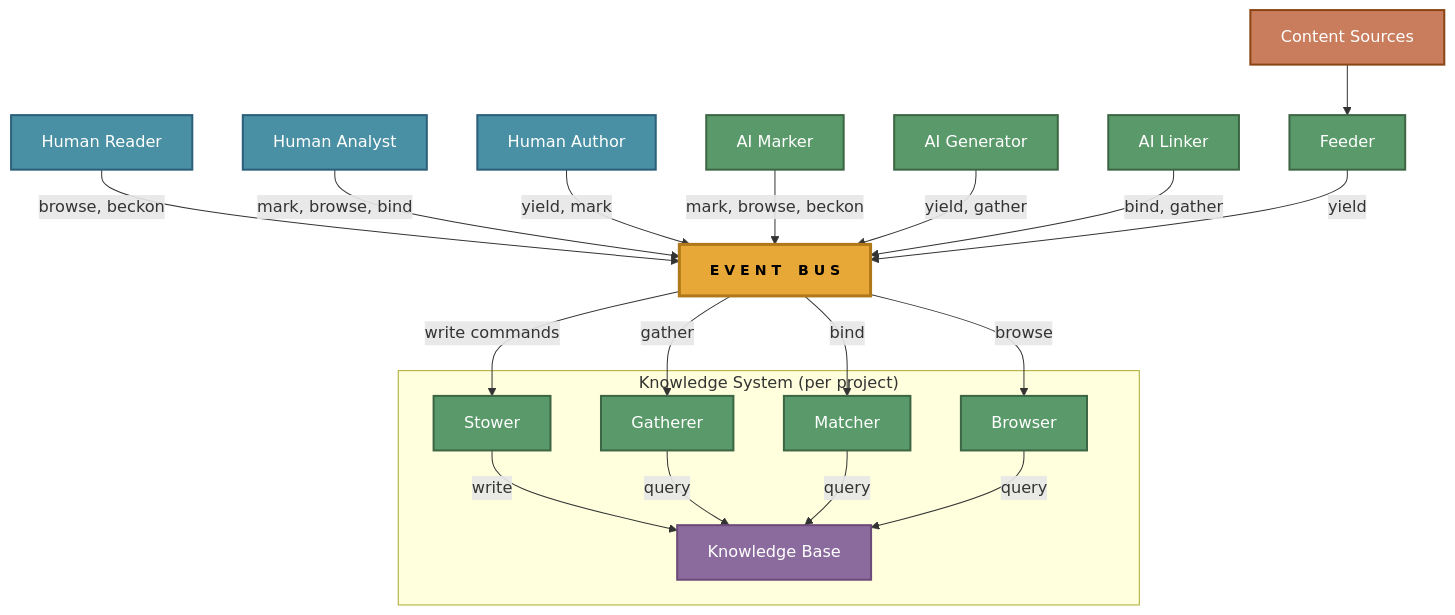
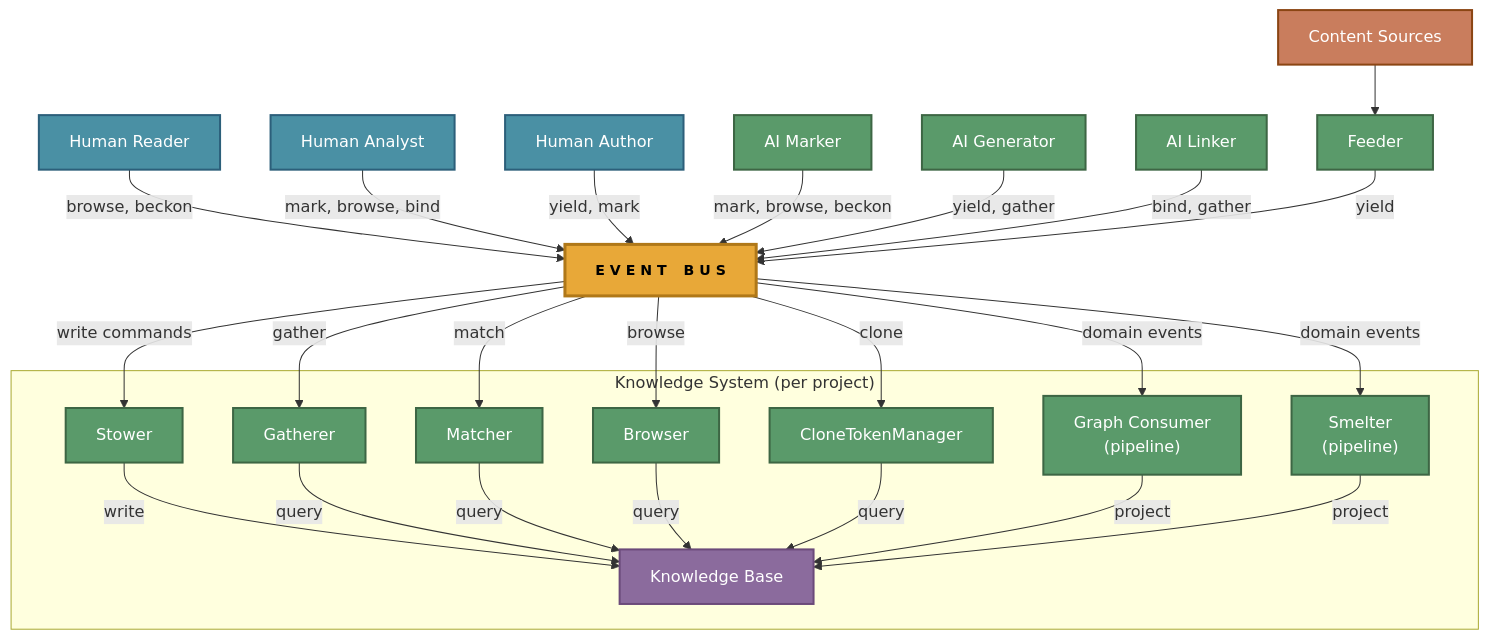
Before and after one commit to The-AI-Alliance/semiont: the diagram in docs/system/ACTOR-MODEL.md, drawn with Mermaid. The commit also changed other lines of this file and 55 other files, not shown here.

````diff
--- a/docs/system/ACTOR-MODEL.md
+++ b/docs/system/ACTOR-MODEL.md
@@ -9,45 +9,54 @@
 ```mermaid
 graph TD
     READER["Human Reader"] -->|"browse, beckon"| BUS
     ANALYST["Human Analyst"] -->|"mark, browse, bind"| BUS
     AUTHOR["Human Author"] -->|"yield, mark"| BUS
     MARKER["AI Marker"] -->|"mark, browse, beckon"| BUS
     GENERATOR["AI Generator"] -->|"yield, gather"| BUS
     LINKER["AI Linker"] -->|"bind, gather"| BUS
 
     BUS["E V E N T &ensp; B U S"]
 
     subgraph ks ["Knowledge System (per project)"]
         STOWER["Stower"]
         GATHERER["Gatherer"]
         MATCHER["Matcher"]
         BROWSER["Browser"]
+        CTM["CloneTokenManager"]
+        GC["Graph Consumer<br/>(pipeline)"]
+        SMELTER["Smelter<br/>(pipeline)"]
         KB["Knowledge Base"]
         STOWER -->|"write"| KB
         GATHERER -->|"query"| KB
         MATCHER -->|"query"| KB
         BROWSER -->|"query"| KB
+        CTM -->|"query"| KB
+        GC -->|"project"| KB
+        SMELTER -->|"project"| KB
     end
 
     BUS -->|"write commands"| STOWER
     BUS -->|"gather"| GATHERER
-    BUS -->|"bind"| MATCHER
+    BUS -->|"match"| MATCHER
     BUS -->|"browse"| BROWSER
+    BUS -->|"clone"| CTM
+    BUS -->|"domain events"| GC
+    BUS -->|"domain events"| SMELTER
 
     SOURCES["Content Sources"] --> FEEDER["Feeder"]
     FEEDER -->|"yield"| BUS
 
     classDef bus fill:#e8a838,stroke:#b07818,stroke-width:3px,color:#000,font-weight:bold,font-size:14px
     classDef human fill:#4a90a4,stroke:#2c5f7a,stroke-width:2px,color:#fff
     classDef ai fill:#5a9a6a,stroke:#3d6644,stroke-width:2px,color:#fff
     classDef kb fill:#8b6b9d,stroke:#6b4a7a,stroke-width:2px,color:#fff
     classDef stream fill:#c97d5d,stroke:#8b4513,stroke-width:2px,color:#fff
     classDef worker fill:#5a9a6a,stroke:#3d6644,stroke-width:2px,color:#fff
 
     class READER,ANALYST,AUTHOR human
     class MARKER,GENERATOR,LINKER ai
     class BUS bus
     class KB kb
     class SOURCES stream
-    class FEEDER,STOWER,GATHERER,MATCHER,BROWSER worker
+    class FEEDER,STOWER,GATHERER,MATCHER,BROWSER,CTM,GC,SMELTER worker
 ```
````
